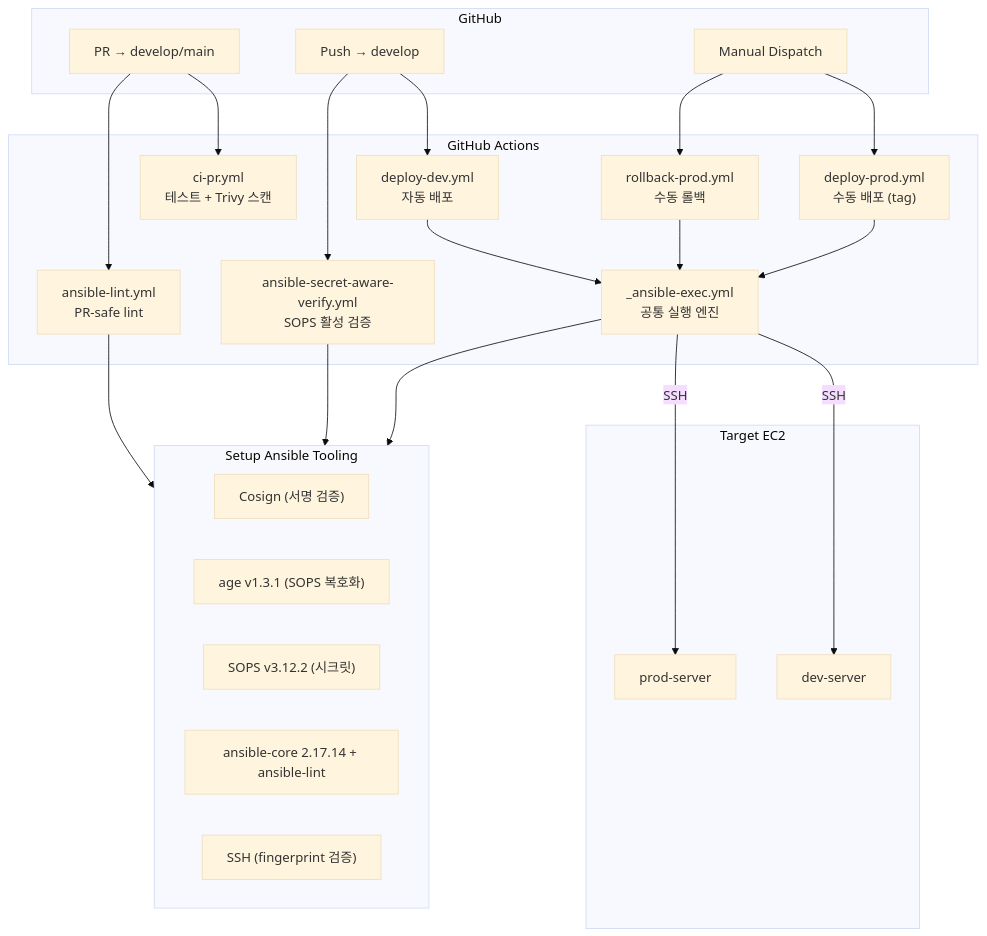
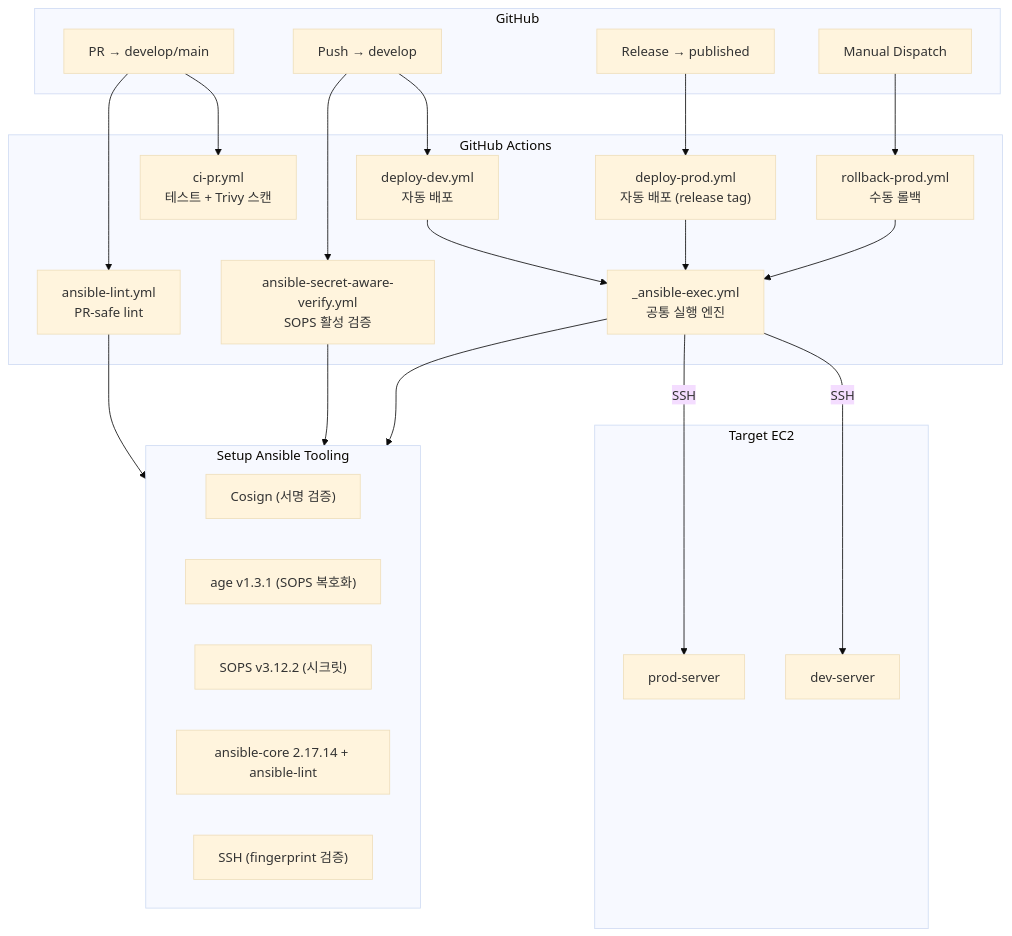
One commit to TEAM-BEAT/BEAT-SERVER changed the first of 10 diagrams in infra/README.md. Above: the diagram before and after it, drawn with Mermaid (base theme). The commit also changed other lines of this file and 1 other file, not shown here.

First line of the commit message:
chore: document release-published production deployment policy

````diff
--- a/infra/README.md
+++ b/infra/README.md
@@ -88,46 +88,47 @@
 ```mermaid
 flowchart TB
     subgraph GitHub["GitHub"]
         PR["PR → develop/main"]
         Push["Push → develop"]
+        ReleasePublished["Release → published"]
         Dispatch["Manual Dispatch"]
     end
 
     subgraph Workflows["GitHub Actions"]
         CIPR["ci-pr.yml<br/>테스트 + Trivy 스캔"]
         AnsibleLint["ansible-lint.yml<br/>PR-safe lint"]
         SecretAware["ansible-secret-aware-verify.yml<br/>SOPS 활성 검증"]
         DeployDev["deploy-dev.yml<br/>자동 배포"]
-        DeployProd["deploy-prod.yml<br/>수동 배포 (tag)"]
+        DeployProd["deploy-prod.yml<br/>자동 배포 (release tag)"]
         RollbackProd["rollback-prod.yml<br/>수동 롤백"]
         AnsibleExec["_ansible-exec.yml<br/>공통 실행 엔진"]
     end
 
     subgraph Tooling["Setup Ansible Tooling"]
         Cosign["Cosign (서명 검증)"]
         Age["age v1.3.1 (SOPS 복호화)"]
         SOPS["SOPS v3.12.2 (시크릿)"]
         Ansible["ansible-core 2.17.14 + ansible-lint"]
         SSH["SSH (fingerprint 검증)"]
     end
 
     subgraph Server["Target EC2"]
         DevServer["dev-server"]
         ProdServer["prod-server"]
     end
 
     PR --> CIPR
     PR --> AnsibleLint
     Push --> DeployDev
     Push --> SecretAware
-    Dispatch --> DeployProd
+    ReleasePublished --> DeployProd
     Dispatch --> RollbackProd
     DeployDev --> AnsibleExec
     DeployProd --> AnsibleExec
     RollbackProd --> AnsibleExec
     AnsibleLint --> Tooling
     SecretAware --> Tooling
     AnsibleExec --> Tooling
     AnsibleExec -->|"SSH"| DevServer
     AnsibleExec -->|"SSH"| ProdServer
 ```
````
